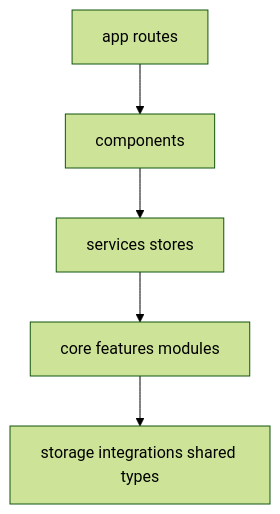
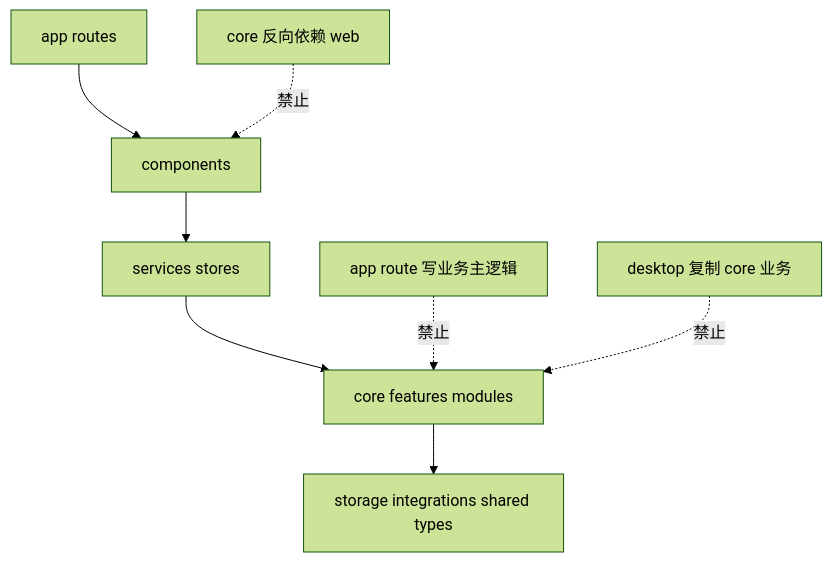
The first of 2 diagrams in learning-note/full-project-course-v2/textbook/part-a-system-foundation/A05-architecture-rules-as-reading-compass.md (LavaCourage07/startupOS), drawn with Mermaid (forest theme) before and after one commit. The commit also changed other lines of this file and 24 other files, not shown here.

````diff
--- a/learning-note/full-project-course-v2/textbook/part-a-system-foundation/A05-architecture-rules-as-reading-compass.md
+++ b/learning-note/full-project-course-v2/textbook/part-a-system-foundation/A05-architecture-rules-as-reading-compass.md
@@ -9,7 +11,11 @@
 ```mermaid
 flowchart TB
-    App[app routes] --> Component[components]
-    Component --> WebState[services stores]
+    App[app routes] --> Components[components]
+    Components --> WebState[services stores]
     WebState --> Core[core features modules]
     Core --> Infra[storage integrations shared types]
+
+    BadCore[core 反向依赖 web] -.禁止.-> Components
+    BadRoute[app route 写业务主逻辑] -.禁止.-> Core
+    BadDesktop[desktop 复制 core 业务] -.禁止.-> Core
 ```
````
